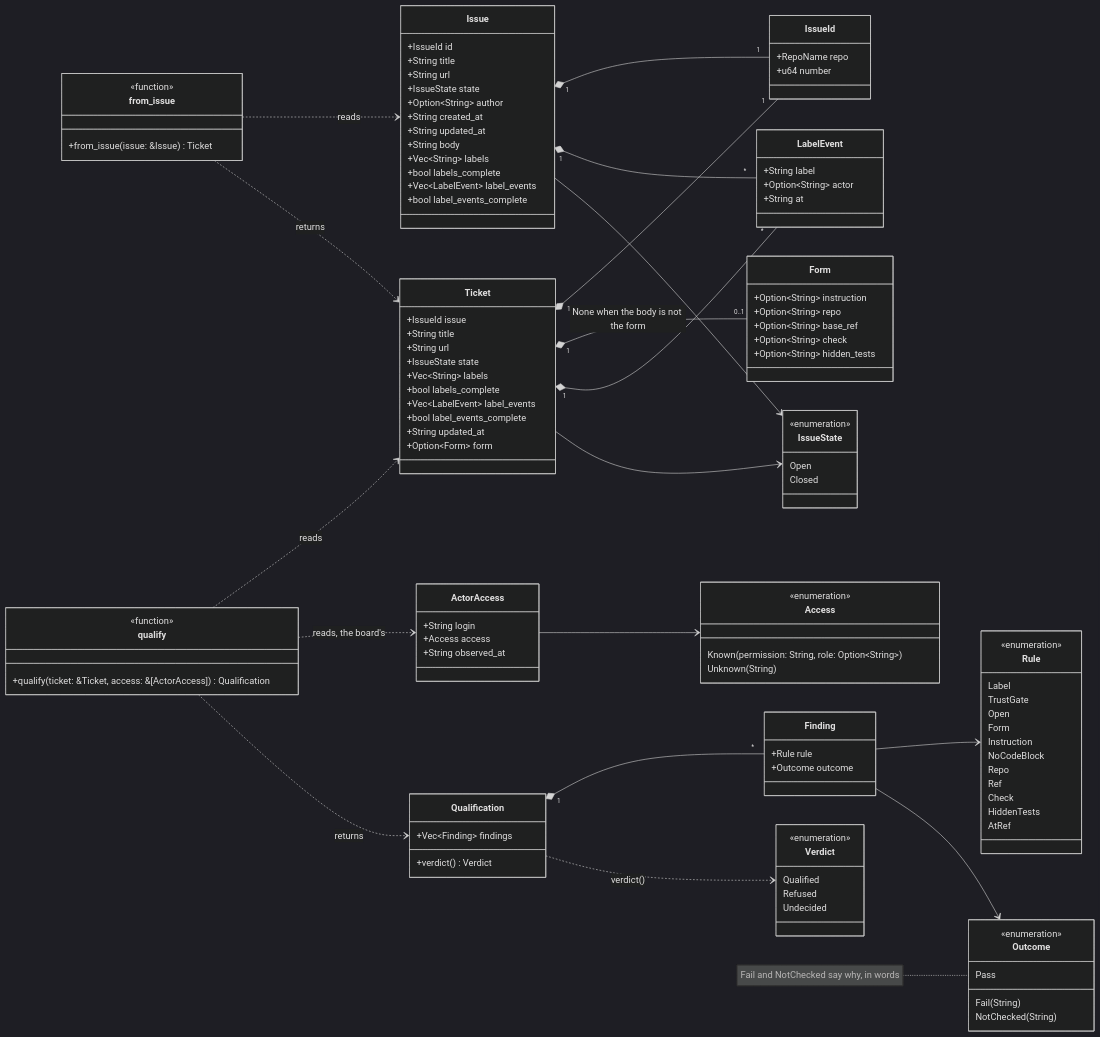
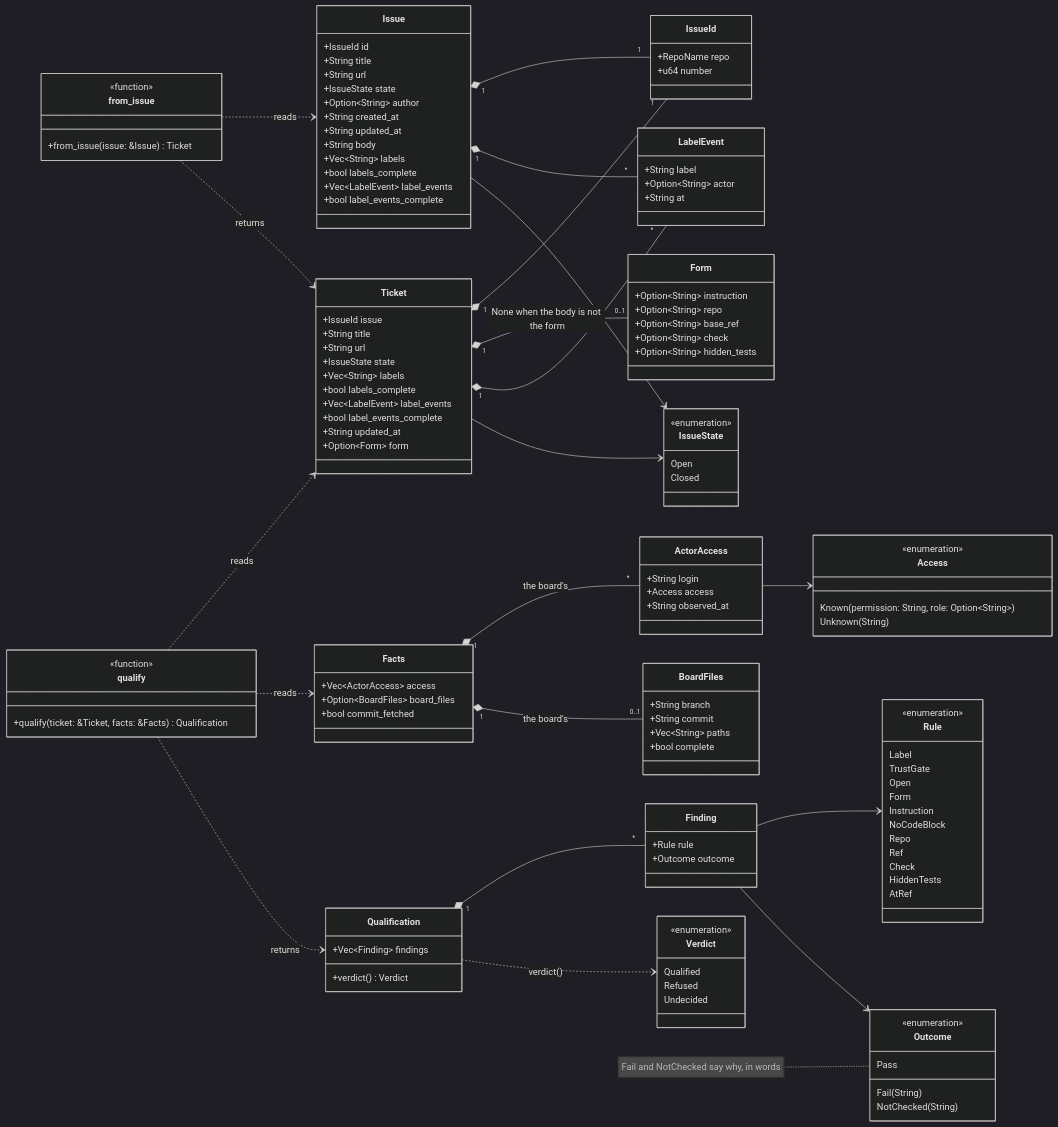
One commit to KombuseLabs/kai changed the first of 4 diagrams in docs/qualify.md. Above: the diagram before and after it, drawn with Mermaid (dark theme). The commit also changed other lines of this file and 18 other files, not shown here.

```diff
--- a/docs/qualify.md
+++ b/docs/qualify.md
@@ -68,7 +68,18 @@
 
     class qualify {
         <<function>>
-        +qualify(ticket: &Ticket, access: &[ActorAccess]) Qualification
+        +qualify(ticket: &Ticket, facts: &Facts) Qualification
+    }
+    class Facts {
+        +Vec~ActorAccess~ access
+        +Option~BoardFiles~ board_files
+        +bool commit_fetched
+    }
+    class BoardFiles {
+        +String branch
+        +String commit
+        +Vec~String~ paths
+        +bool complete
     }
     class ActorAccess {
         +String login
@@ -126,7 +137,9 @@
     Ticket "1" *-- "*" LabelEvent
     Ticket --> IssueState
     qualify ..> Ticket : reads
-    qualify ..> ActorAccess : reads, the board's
+    qualify ..> Facts : reads
+    Facts "1" *-- "*" ActorAccess : the board's
+    Facts "1" *-- "0..1" BoardFiles : the board's
     ActorAccess --> Access
     qualify ..> Qualification : returns
     Qualification "1" *-- "*" Finding
```
